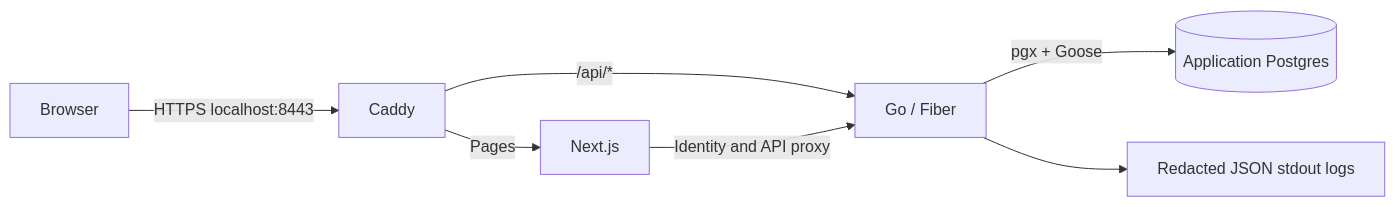
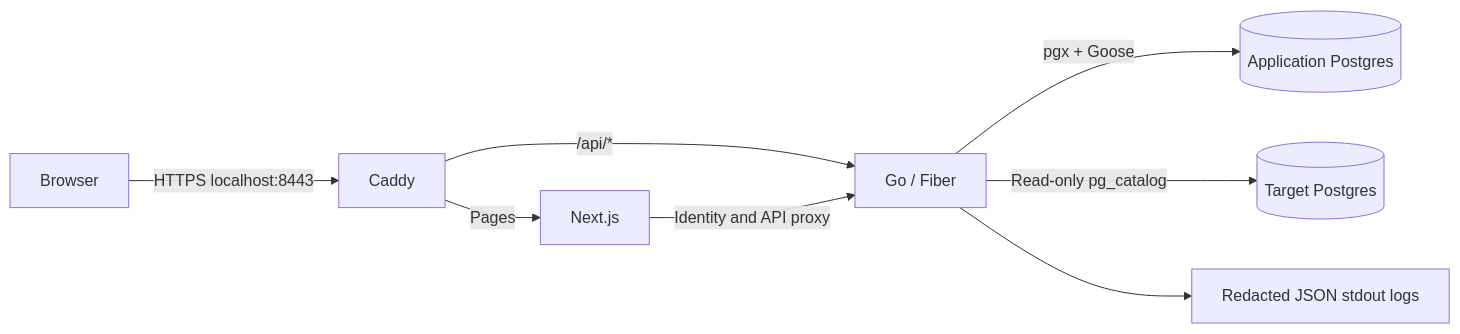
One commit to Thitipong-PP/schewise changed the diagram in docs/architecture.md. Above: the diagram before and after it, drawn with Mermaid. The commit also changed other lines of this file and 54 other files, not shown here.

First line of the commit message:
feat(connections): add read-only PostgreSQL schema introspection (#9)

````diff
--- a/docs/architecture.md
+++ b/docs/architecture.md
@@ -7,9 +7,10 @@
 ```mermaid
 flowchart LR
     Browser -->|HTTPS localhost:8443| Caddy
     Caddy -->|Pages| Next[Next.js]
     Caddy -->|/api/*| API[Go / Fiber]
     Next -->|Identity and API proxy| API
     API -->|pgx + Goose| AppDB[(Application Postgres)]
+    API -->|Read-only pg_catalog| Target[(Target Postgres)]
     API --> Zap[Redacted JSON stdout logs]
 ```
````
